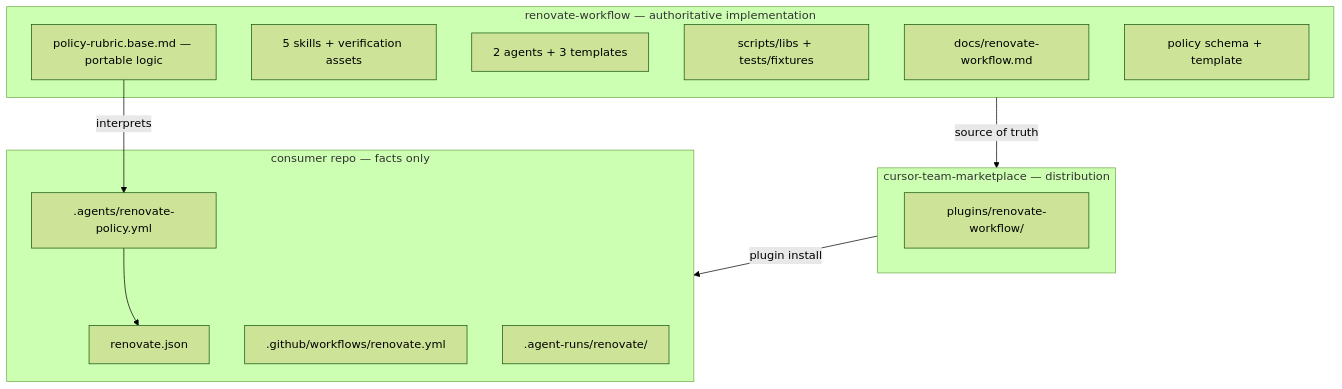
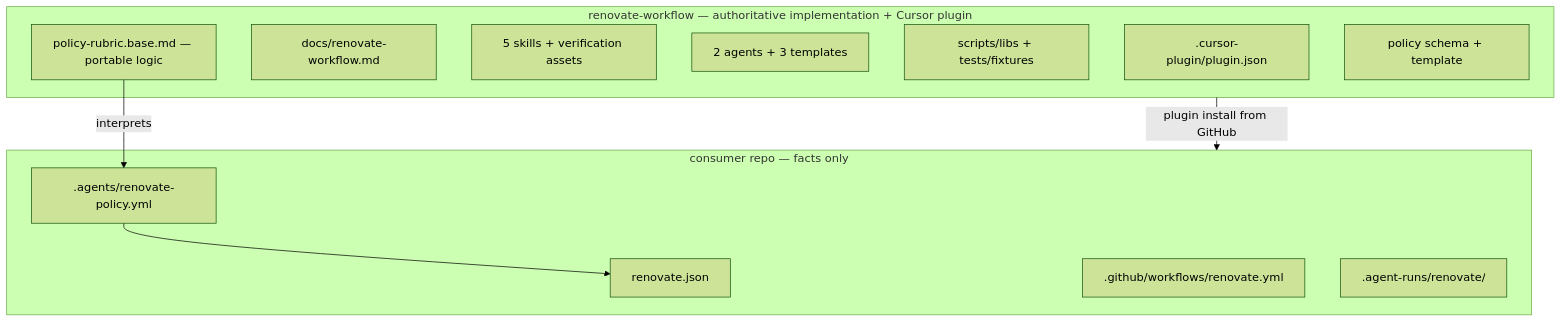
The diagram in .cursor/plans/2026-08-31-extract-renovate-workflow.plan.md (multipliers-dev/renovate-workflow), drawn with Mermaid (forest theme) before and after one commit. The commit also changed other lines of this file and 32 other files, not shown here.

First line of the commit message:
refactor: make renovate-workflow a direct-install Cursor plugin

````diff
--- a/.cursor/plans/2026-08-31-extract-renovate-workflow.plan.md
+++ b/.cursor/plans/2026-08-31-extract-renovate-workflow.plan.md
@@ -76,27 +76,23 @@
 ```mermaid
 flowchart TB
-  subgraph renovateWorkflow [renovate-workflow — authoritative implementation]
+  subgraph renovateWorkflow [renovate-workflow — authoritative implementation + Cursor plugin]
+    manifest[.cursor-plugin/plugin.json]
     runbook[docs/renovate-workflow.md]
     skills[5 skills + verification assets]
     agents[2 agents + 3 templates]
     scripts[scripts/libs + tests/fixtures]
     rubricBase[policy-rubric.base.md — portable logic]
     policySchema[policy schema + template]
-  end
-
-  subgraph marketplace [cursor-team-marketplace — distribution]
-    plugin[plugins/renovate-workflow/]
   end
 
   subgraph consumer [consumer repo — facts only]
     renovateJson[renovate.json]
     renovateYml[.github/workflows/renovate.yml]
     policyYml[.agents/renovate-policy.yml]
     gitignore[.agent-runs/renovate/]
   end
 
-  renovateWorkflow -->|source of truth| marketplace
-  marketplace -->|plugin install| consumer
+  renovateWorkflow -->|plugin install from GitHub| consumer
   policyYml --> renovateJson
   rubricBase -->|interprets| policyYml
 ```
````
